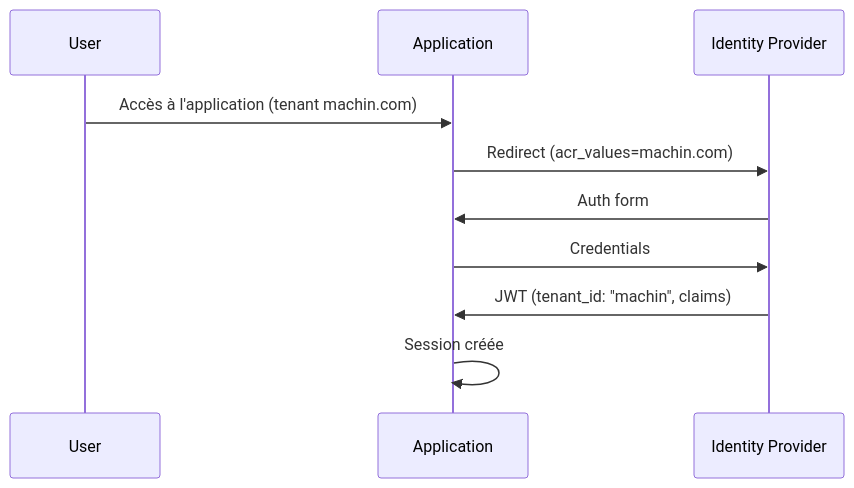
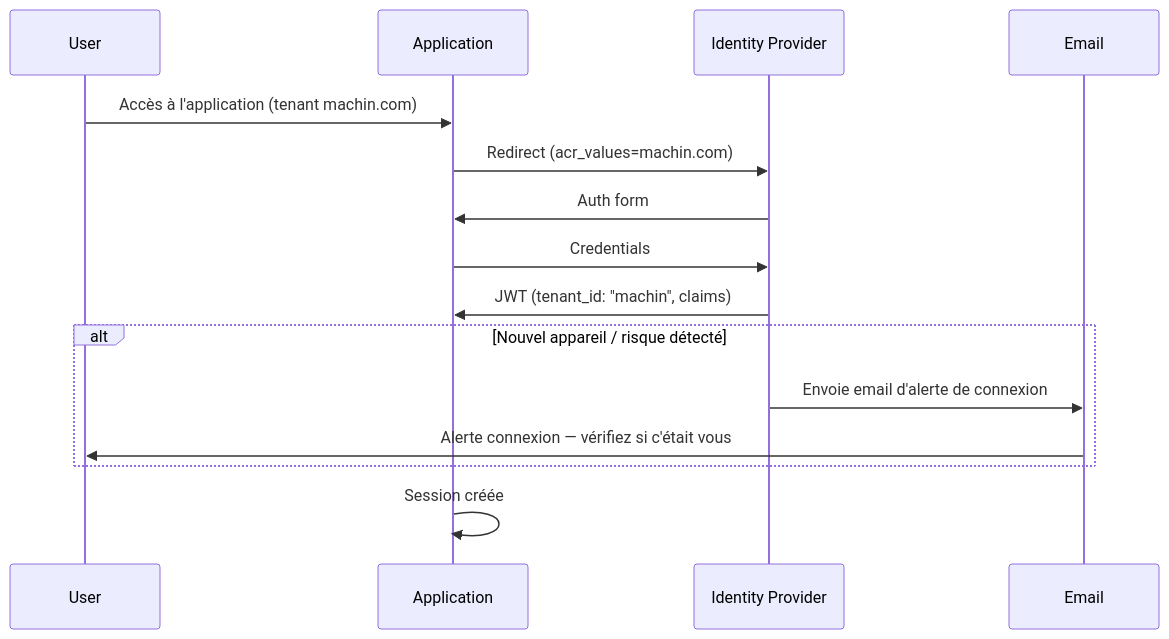
Before and after one commit to FantasticJoho/johodp: the ninth of 16 diagrams in docs/identity-flows-mermaid.md, drawn with Mermaid. The commit also changed other lines of this file and 1 other file, not shown here.

Commit message:
feat: Add email confirmation steps for account activation and password reset flows in identity diagrams

````diff
--- a/docs/identity-flows-mermaid.md
+++ b/docs/identity-flows-mermaid.md
@@ -158,13 +170,17 @@
 ```mermaid
 sequenceDiagram
     participant User
     participant App as Application
     participant IdP as Identity Provider
 
     User->>App: Accès à l'application (tenant machin.com)
     App->>IdP: Redirect (acr_values=machin.com)
     IdP->>App: Auth form
     App->>IdP: Credentials
     IdP->>App: JWT (tenant_id: "machin", claims)
+    alt Nouvel appareil / risque détecté
+        IdP->>Email: Envoie email d'alerte de connexion
+        Email->>User: Alerte connexion — vérifiez si c'était vous
+    end
     App->>App: Session créée
 ```
````
